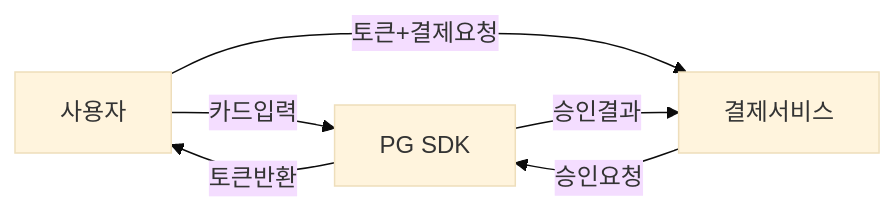
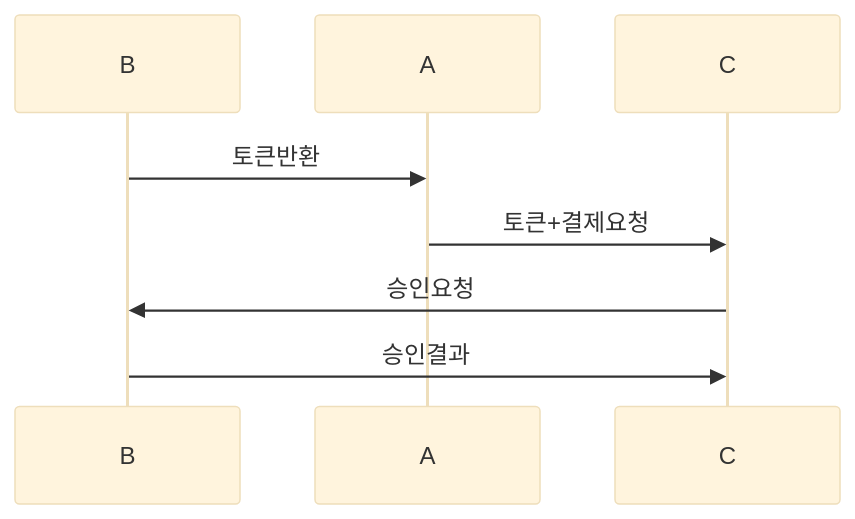
The sixth of 6 diagrams in _posts/systemdesign/2026-05-03-system-design-payment.md (yjkim2015/yjkim2015.github.io), drawn with Mermaid (base theme) before and after one commit. The commit also changed 89 other files, not shown here.

First line of the commit message:
복잡한 flowchart 163개 → sequenceDiagram 변환 (90파일)

````diff
--- a/_posts/systemdesign/2026-05-03-system-design-payment.md
+++ b/_posts/systemdesign/2026-05-03-system-design-payment.md
@@ -782,8 +782,7 @@
 ```mermaid
-graph LR
-    A[사용자] -->|카드입력| B[PG SDK]
-    B -->|토큰반환| A
-    A -->|토큰+결제요청| C[결제서비스]
-    C -->|승인요청| B
-    B -->|승인결과| C
+sequenceDiagram
+    B->>A: 토큰반환
+    A->>C: 토큰+결제요청
+    C->>B: 승인요청
+    B->>C: 승인결과
 ```
````
